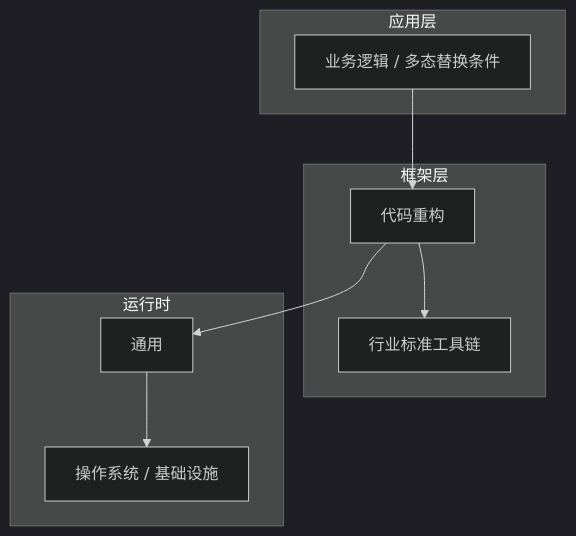
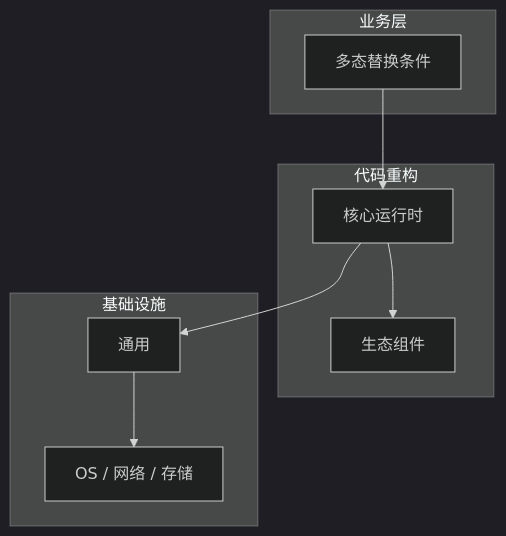
Before and after one commit to yanggan2015/knowledge-json-v2: the diagram in articles/代码重构/chapters/055-多态替换条件核心概念与原理.md, drawn with Mermaid (dark theme). The commit also changed other lines of this file and 10127 other files, not shown here.

````diff
--- a/articles/代码重构/chapters/055-多态替换条件核心概念与原理.md
+++ b/articles/代码重构/chapters/055-多态替换条件核心概念与原理.md
@@ -45,18 +34,18 @@
 ```mermaid
 graph TB
-    subgraph 应用层
-        A[业务逻辑 / 多态替换条件]
+    subgraph 业务层
+        A[多态替换条件]
     end
-    subgraph 框架层
-        B[代码重构]
-        C[行业标准工具链]
+    subgraph 代码重构
+        B[核心运行时]
+        C[生态组件]
     end
-    subgraph 运行时
+    subgraph 基础设施
         D[通用]
-        E[操作系统 / 基础设施]
+        E[OS / 网络 / 存储]
     end
     A --> B
     B --> C
     B --> D
     D --> E
 ```
````
